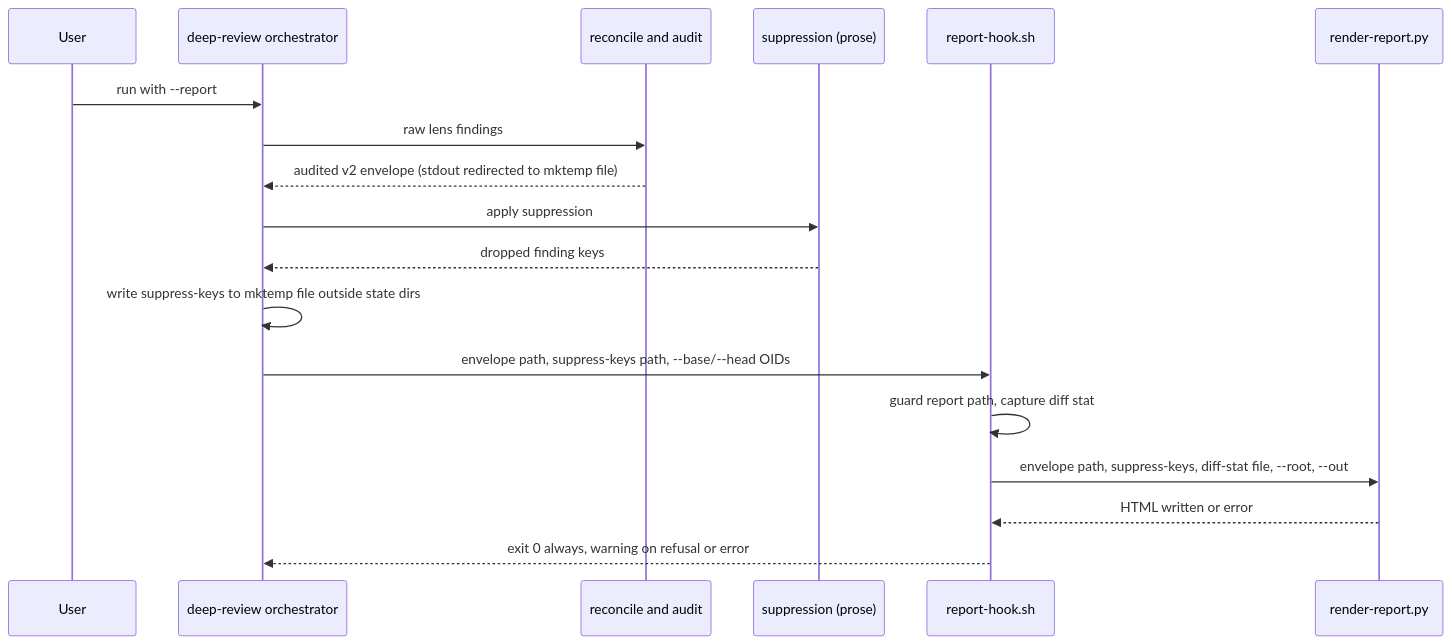
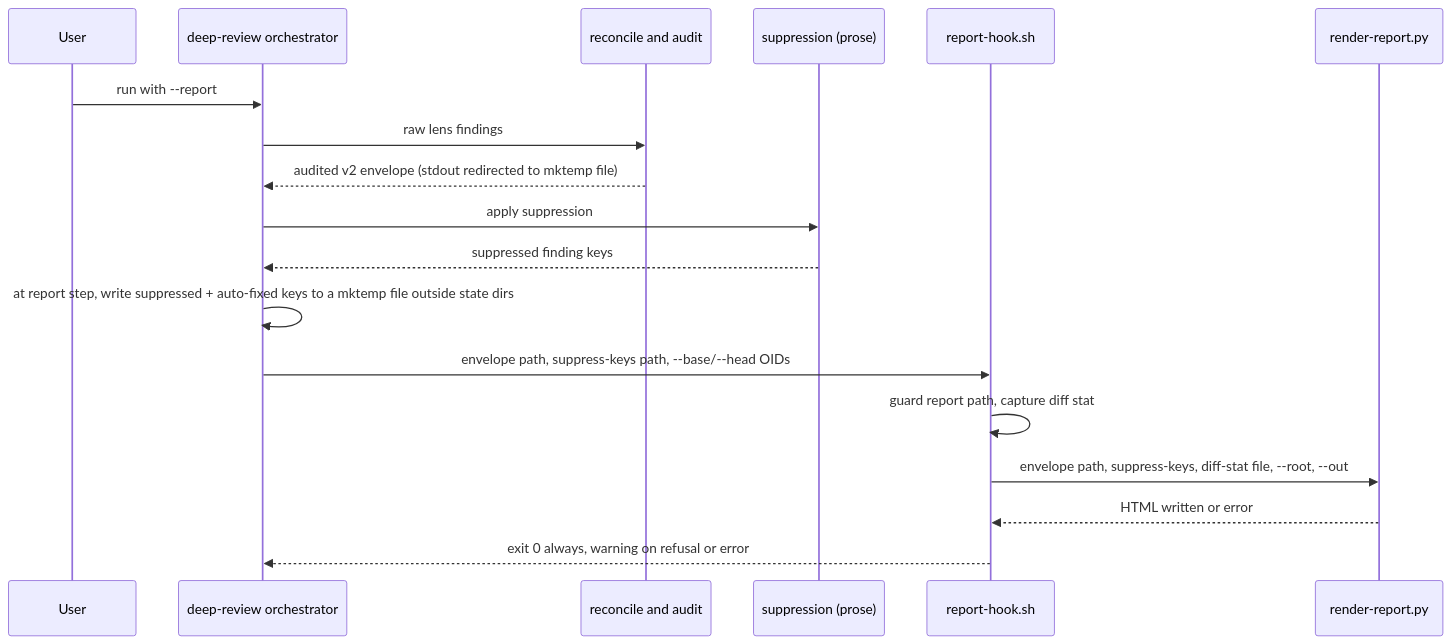
One commit to vr000m/skein changed the third of 3 diagrams in docs/dev_plans/20261008-feature-review-output-formats.md. Above: the diagram before and after it, drawn with Mermaid. The commit also changed other lines of this file, not shown here.

````diff
--- a/docs/dev_plans/20261008-feature-review-output-formats.md
+++ b/docs/dev_plans/20261008-feature-review-output-formats.md
@@ -252,20 +257,20 @@
 ```mermaid
 sequenceDiagram
     participant U as User
     participant D as deep-review orchestrator
     participant RC as reconcile and audit
     participant S as suppression (prose)
     participant H as report-hook.sh
     participant R as render-report.py
     U->>D: run with --report
     D->>RC: raw lens findings
     RC-->>D: audited v2 envelope (stdout redirected to mktemp file)
     D->>S: apply suppression
-    S-->>D: dropped finding keys
-    D->>D: write suppress-keys to mktemp file outside state dirs
+    S-->>D: suppressed finding keys
+    D->>D: at report step, write suppressed + auto-fixed keys to a mktemp file outside state dirs
     D->>H: envelope path, suppress-keys path, --base/--head OIDs
     H->>H: guard report path, capture diff stat
     H->>R: envelope path, suppress-keys, diff-stat file, --root, --out
     R-->>H: HTML written or error
     H-->>D: exit 0 always, warning on refusal or error
 ```
````
